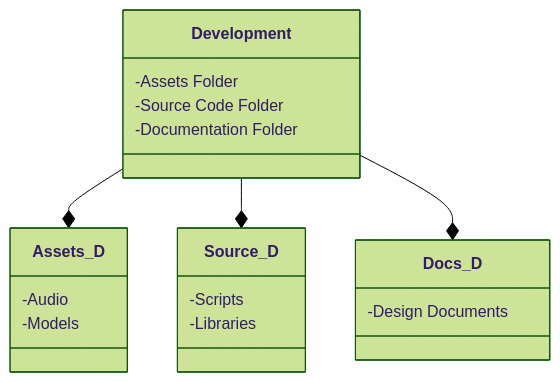
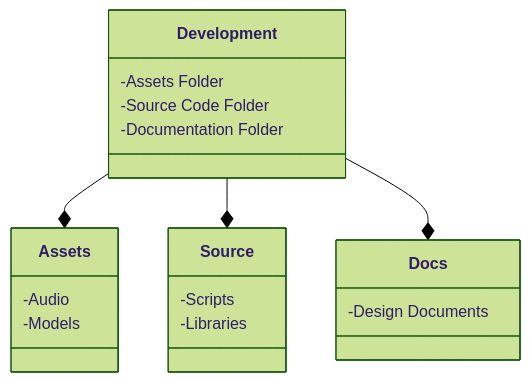
One commit to dwoodjr/drexel-perforce changed the third of 5 diagrams in src/site/notes/Drexel Perforce/Best Practices/Depot Structure - Game Dev.md. Above: the diagram before and after it, drawn with Mermaid (forest theme).

Commit message:
Update content src/site/notes/Drexel Perforce/Best Practices/Depot Structure - Game Dev.md

````diff
--- a/src/site/notes/Drexel Perforce/Best Practices/Depot Structure - Game Dev.md
+++ b/src/site/notes/Drexel Perforce/Best Practices/Depot Structure - Game Dev.md
@@ -82,23 +82,23 @@
 ```mermaid
 classDiagram
     class Development {
         -Assets Folder
         -Source Code Folder
         -Documentation Folder
     }
-    class Assets_D {
+    class Assets {
         -Audio
         -Models
     }
-    class Source_D {
+    class Source {
         -Scripts
         -Libraries
     }
-    class Docs_D {
+    class Docs {
         -Design Documents
     }
-    Development --* Assets_D
-    Development --* Source_D
-    Development --* Docs_D
+    Development --* Assets
+    Development --* Source
+    Development --* Docs
 
 ```
````
